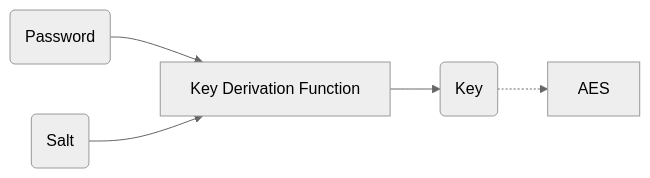
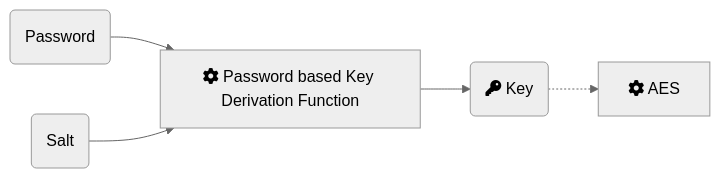
One commit to neuhalje/bouncy-gpg changed the diagram in website/content/HowTo/keys/passwords/_index.md. Above: the diagram before and after it, drawn with Mermaid (neutral theme). The commit also changed 2 other files, not shown here.

Commit message:
Add some diagrams

```diff
--- a/website/content/HowTo/keys/passwords/_index.md
+++ b/website/content/HowTo/keys/passwords/_index.md
@@ -19,7 +19,7 @@
 {{<mermaid align="left">}}
 graph LR;
-    P(Password) --> KDF[Key Derivation Function]
-    S(Salt) --> KDF
-    KDF --> K(Key)
-    K -.-> AES[AES]
+    P(Password) --> PBKDF[fa:fa-cog Password based Key Derivation Function]
+    S(Salt) --> PBKDF
+    PBKDF --> K(fa:fa-key Key)
+    K -.-> AES[fa:fa-cog AES]
 {{< /mermaid >}}
```
